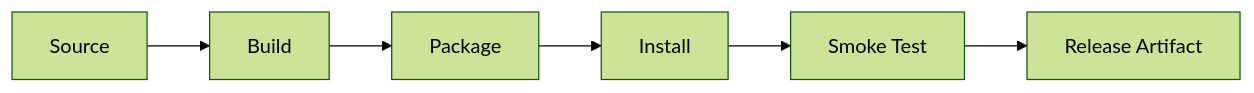
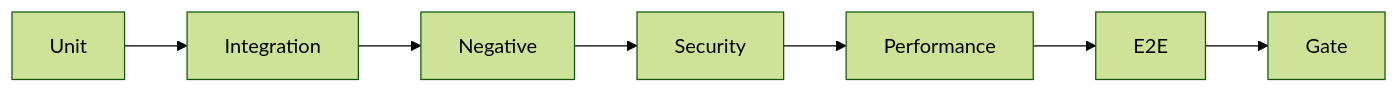
Before and after one commit to Ratandeep-purohit/OmniSense-AI: the fourth of 5 diagrams in PHASE/18_PACKAGING_RELEASE.md, drawn with Mermaid (forest theme). The commit also changed other lines of this file, not shown here.

Commit message:
docs: replace release note with full engineering specification

````diff
--- a/PHASE/18_PACKAGING_RELEASE.md
+++ b/PHASE/18_PACKAGING_RELEASE.md
@@ -18,14 +1685,4 @@
 ```mermaid
 flowchart LR
-A0[Source]
-A1[Build]
-A2[Package]
-A3[Install]
-A4[Smoke Test]
-A5[Release Artifact]
-A0 --> A1
-A1 --> A2
-A2 --> A3
-A3 --> A4
-A4 --> A5
+U[Unit] --> I[Integration] --> N[Negative] --> S[Security] --> P[Performance] --> E[E2E] --> G[Gate]
 ```
````
